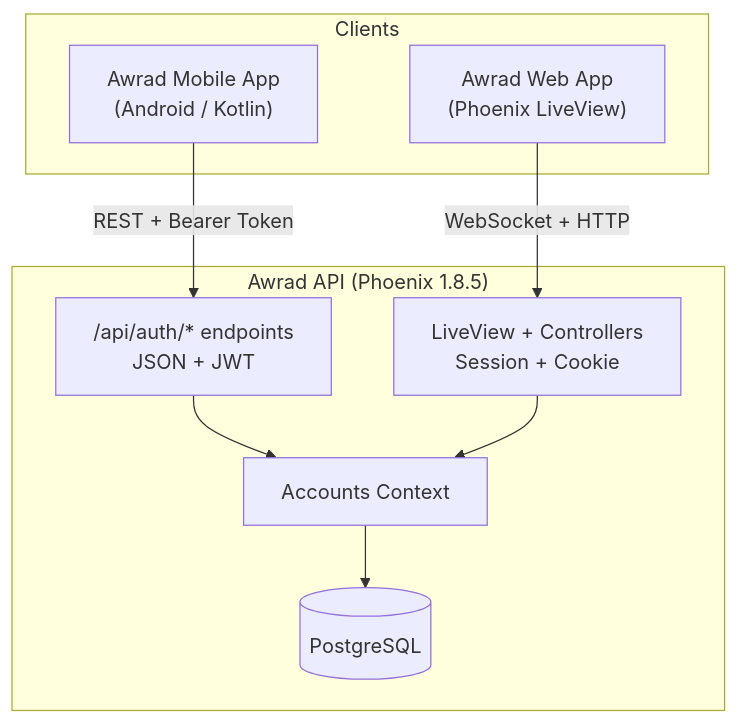
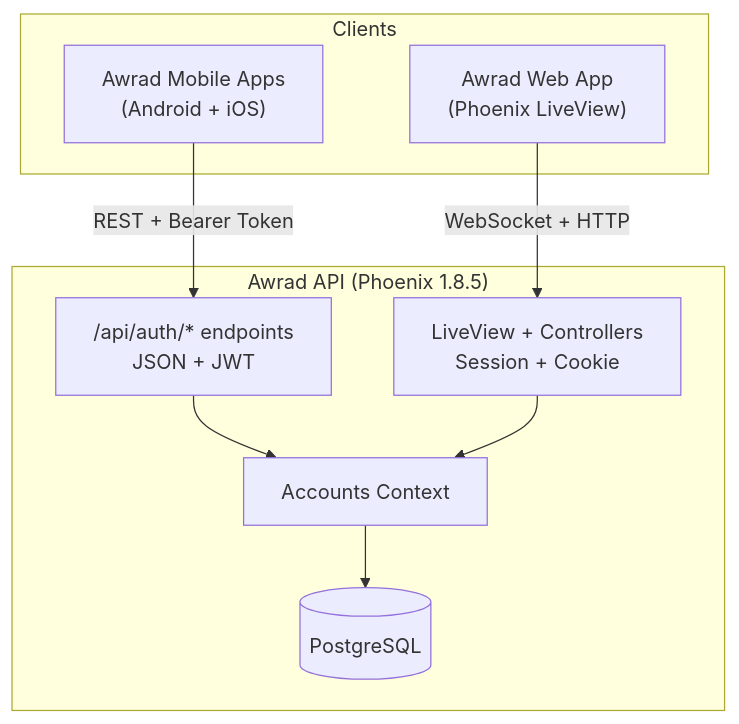
Before and after one commit to shibilyt/awrad: the diagram in awrad_api/memory/features/auth/README.md, drawn with Mermaid. The commit also changed other lines of this file and 15 other files, not shown here.

````diff
--- a/awrad_api/memory/features/auth/README.md
+++ b/awrad_api/memory/features/auth/README.md
@@ -14,20 +14,20 @@
 ```mermaid
 graph TB
     subgraph Clients
-        Mobile["Awrad Mobile App<br/>(Android / Kotlin)"]
+        Mobile["Awrad Mobile Apps<br/>(Android + iOS)"]
         Web["Awrad Web App<br/>(Phoenix LiveView)"]
     end
 
     subgraph "Awrad API (Phoenix 1.8.5)"
         API["/api/auth/* endpoints<br/>JSON + JWT"]
         LV["LiveView + Controllers<br/>Session + Cookie"]
         Accounts["Accounts Context"]
         DB[(PostgreSQL)]
     end
 
     Mobile -->|"REST + Bearer Token"| API
     Web -->|"WebSocket + HTTP"| LV
     API --> Accounts
     LV --> Accounts
     Accounts --> DB
 ```
````
